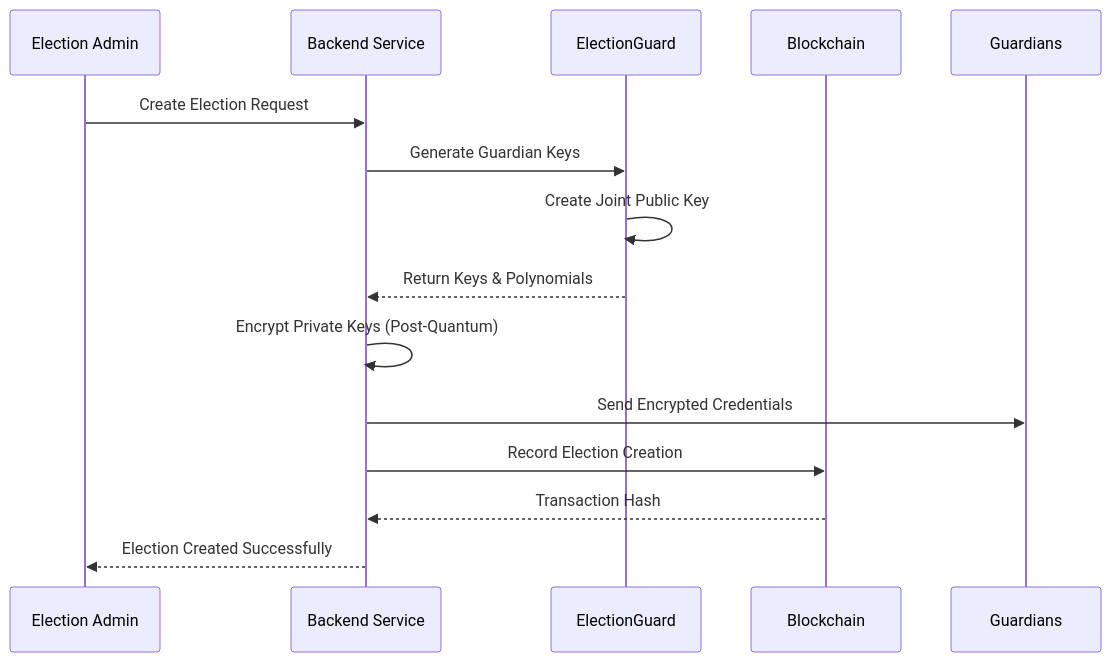
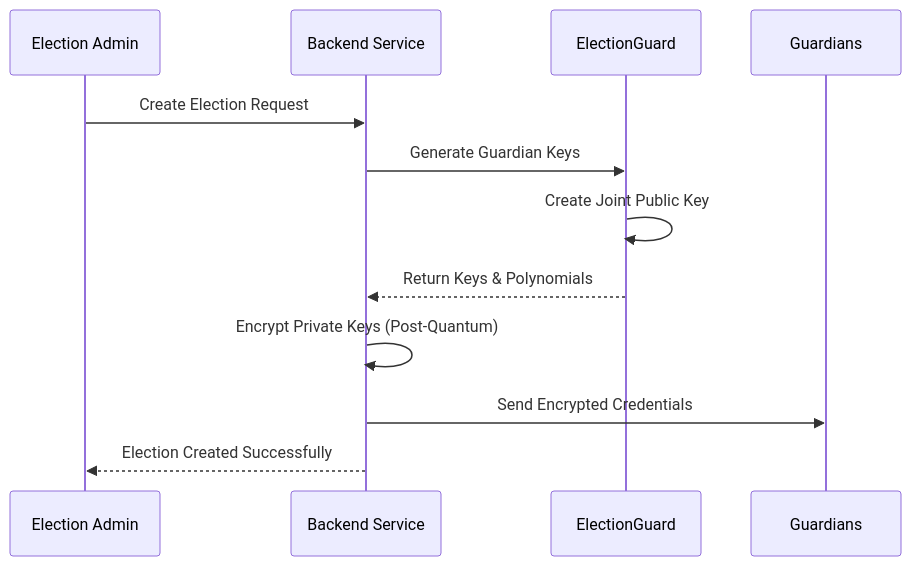
Before and after one commit to TAR2003/AmarVote: the first of 3 diagrams in README.md, drawn with Mermaid. The commit also changed other lines of this file and 34 other files, not shown here.

````diff
--- a/README.md
+++ b/README.md
@@ -284,18 +259,15 @@
 ```mermaid
 sequenceDiagram
     participant Admin as Election Admin
     participant Backend as Backend Service
     participant EG as ElectionGuard
-    participant BC as Blockchain
     participant Guardians as Guardians
 
     Admin->>Backend: Create Election Request
     Backend->>EG: Generate Guardian Keys
     EG->>EG: Create Joint Public Key
     EG-->>Backend: Return Keys & Polynomials
     Backend->>Backend: Encrypt Private Keys (Post-Quantum)
     Backend->>Guardians: Send Encrypted Credentials
-    Backend->>BC: Record Election Creation
-    BC-->>Backend: Transaction Hash
     Backend-->>Admin: Election Created Successfully
 ```
````
